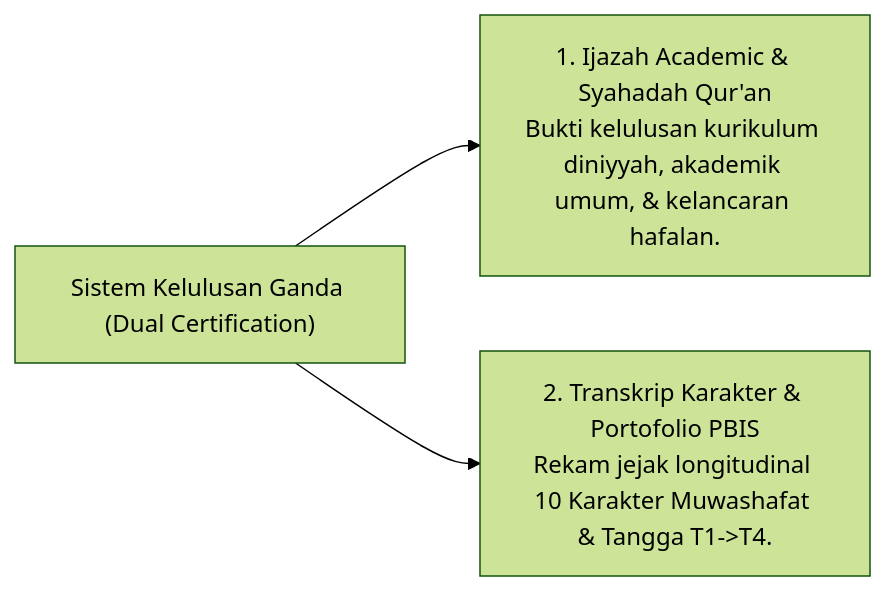
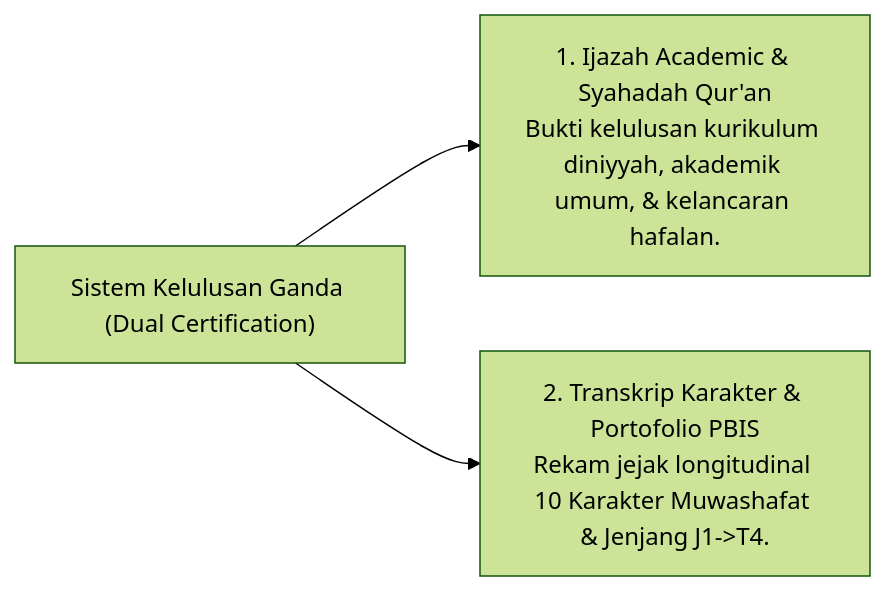
Before and after one commit to wandiapriliyandi/tumbuh: the diagram in 04 Progression Framework/06 Graduation Standards/P4-06-03-Sistem-Sertifikasi-dan-Transkrip-Karakter-PBIS.md, drawn with Mermaid (forest theme). The commit also changed 209 other files, not shown here.

````diff
--- a/04 Progression Framework/06 Graduation Standards/P4-06-03-Sistem-Sertifikasi-dan-Transkrip-Karakter-PBIS.md
+++ b/04 Progression Framework/06 Graduation Standards/P4-06-03-Sistem-Sertifikasi-dan-Transkrip-Karakter-PBIS.md
@@ -14,6 +14,6 @@
 ```mermaid
 graph LR
     DualCert["Sistem Kelulusan Ganda (Dual Certification)"]
     DualCert --> FormalCert["1. Ijazah Academic & Syahadah Qur'an<br/>Bukti kelulusan kurikulum diniyyah, akademik umum, & kelancaran hafalan."]
-    DualCert --> CharacterCert["2. Transkrip Karakter & Portofolio PBIS<br/>Rekam jejak longitudinal 10 Karakter Muwashafat & Tangga T1->T4."]
+    DualCert --> CharacterCert["2. Transkrip Karakter & Portofolio PBIS<br/>Rekam jejak longitudinal 10 Karakter Muwashafat & Jenjang J1->T4."]
 ```
````
